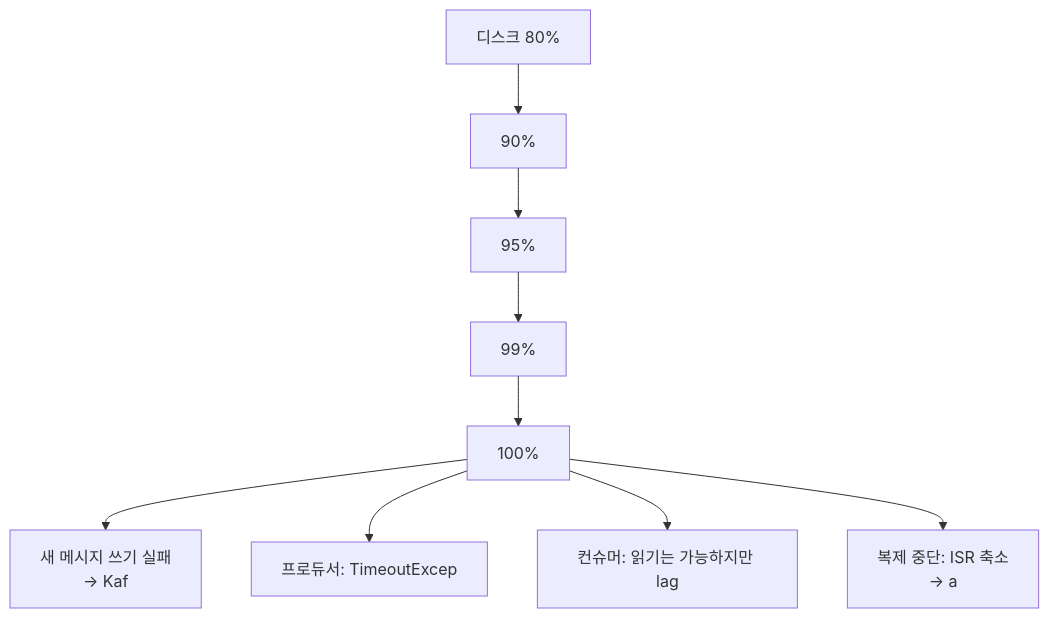
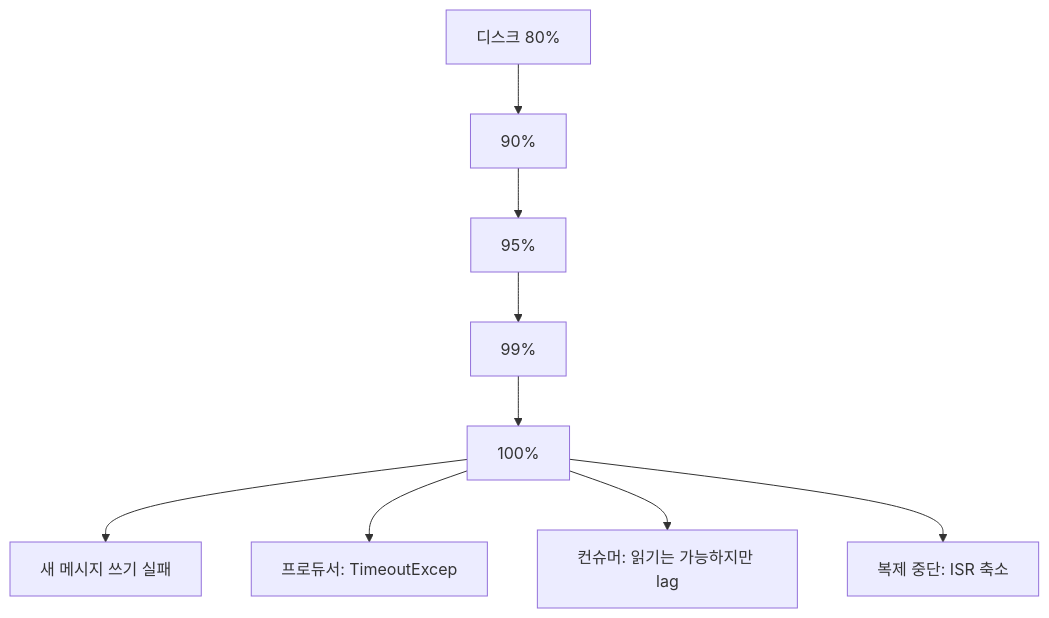
Before and after one commit to yjkim2015/yjkim2015.github.io: the tenth of 21 diagrams in _posts/kafka/2026-05-01-kafka-extreme-scenarios.md, drawn with Mermaid. The commit also changed other lines of this file and 217 other files, not shown here.

First line of the commit message:
Mermaid 크기 수정: useMaxWidth:true + SVG max-width:100% + 라벨 축소

````diff
--- a/_posts/kafka/2026-05-01-kafka-extreme-scenarios.md
+++ b/_posts/kafka/2026-05-01-kafka-extreme-scenarios.md
@@ -278,8 +278,8 @@
 ```mermaid
 graph TD
     D80["디스크 80%"] --> D90["90%"] --> D95["95%"] --> D99["99%"] --> D100["100%"]
-    D100 --> E1["새 메시지 쓰기 실패\n→ Kaf"]
+    D100 --> E1["새 메시지 쓰기 실패"]
     D100 --> E2["프로듀서: TimeoutExcep"]
     D100 --> E3["컨슈머: 읽기는 가능하지만 lag"]
-    D100 --> E4["복제 중단: ISR 축소\n→ a"]
+    D100 --> E4["복제 중단: ISR 축소"]
 ```
````
